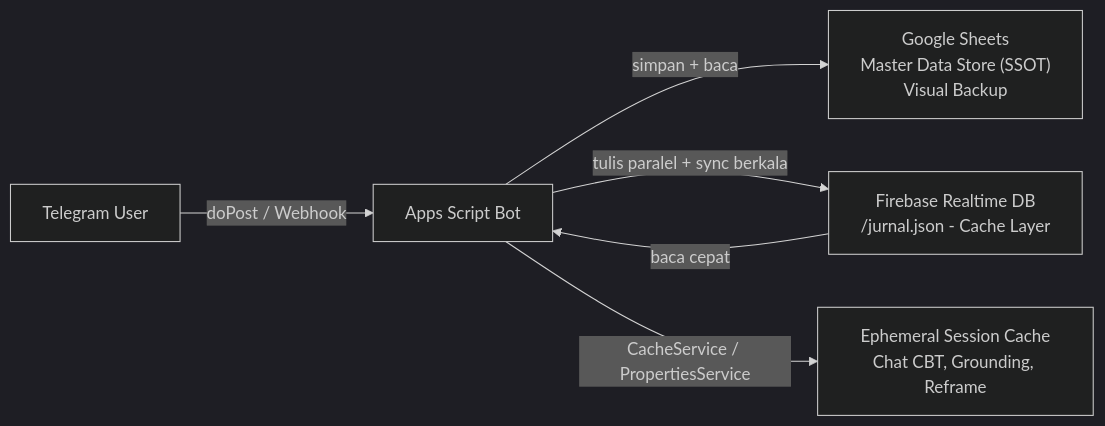
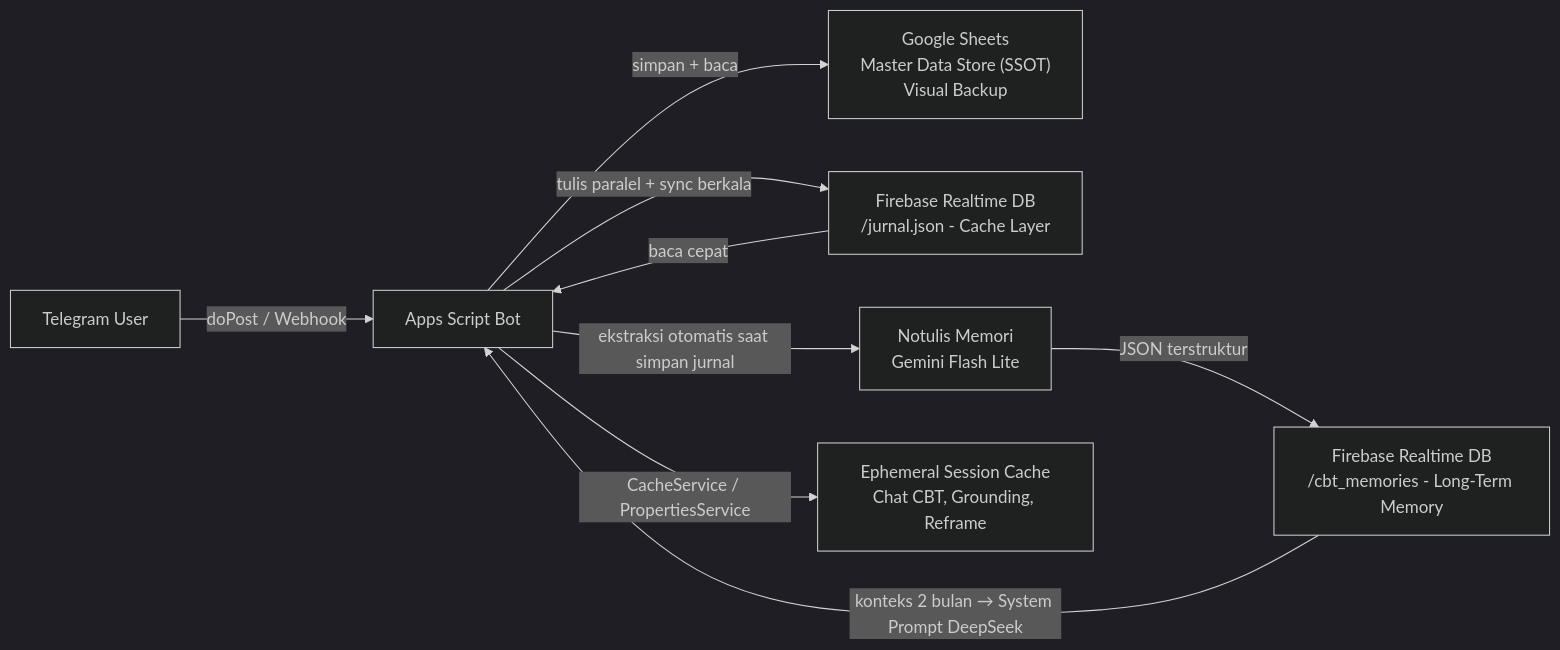
The diagram in README.md (akhmadnurh/xenovia-care-cbt), drawn with Mermaid (dark theme) before and after one commit. The commit also changed other lines of this file and 4 other files, not shown here.

Commit message:
add long term memory (CBT)

````diff
--- a/README.md
+++ b/README.md
@@ -63,8 +90,11 @@
 ```mermaid
 graph LR
     TG["Telegram User"] -->|"doPost / Webhook"| GAS["Apps Script Bot"]
     GAS -->|"simpan + baca"| SS["Google Sheets<br/>Master Data Store (SSOT)<br/>Visual Backup"]
     GAS -->|"tulis paralel + sync berkala"| FB["Firebase Realtime DB<br/>/jurnal.json - Cache Layer"]
+    GAS -->|"ekstraksi otomatis saat simpan jurnal"| GM["Notulis Memori<br/>Gemini Flash Lite"]
+    GM -->|"JSON terstruktur"| MEM["Firebase Realtime DB<br/>/cbt_memories - Long-Term Memory"]
+    MEM -->|"konteks 2 bulan → System Prompt DeepSeek"| GAS
     GAS -->|"CacheService / PropertiesService"| EP["Ephemeral Session Cache<br/>Chat CBT, Grounding, Reframe"]
     FB -->|"baca cepat"| GAS
 ```
````
